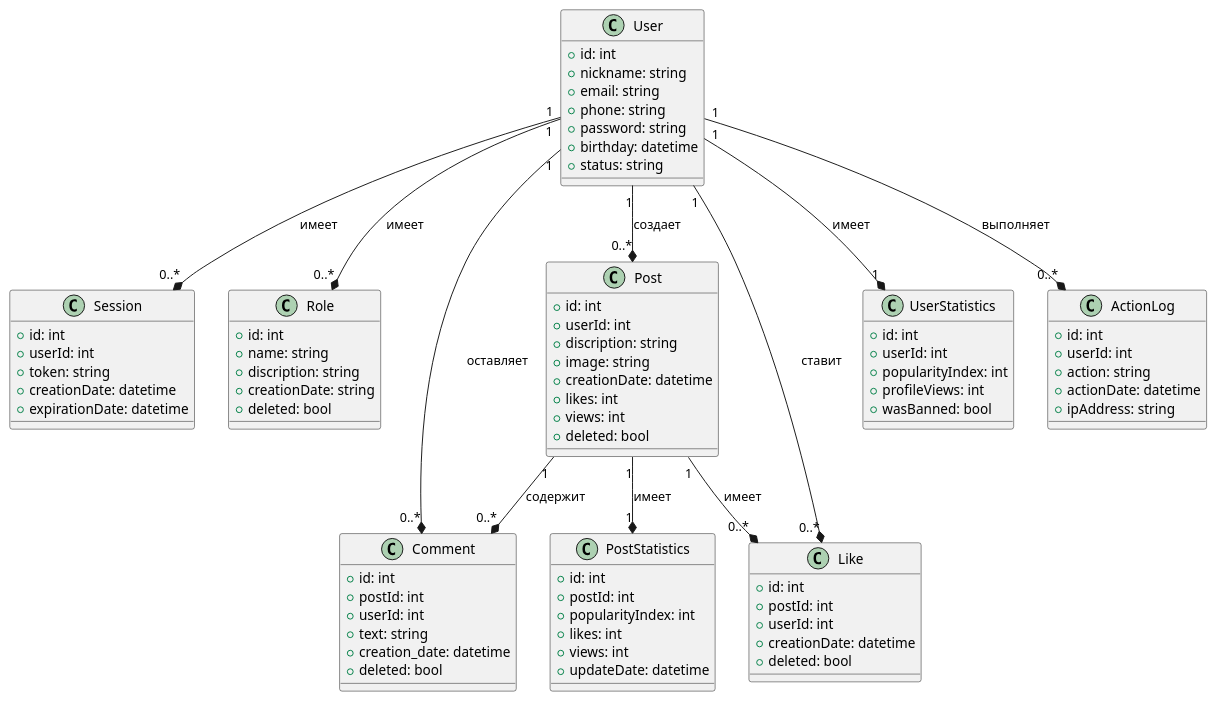
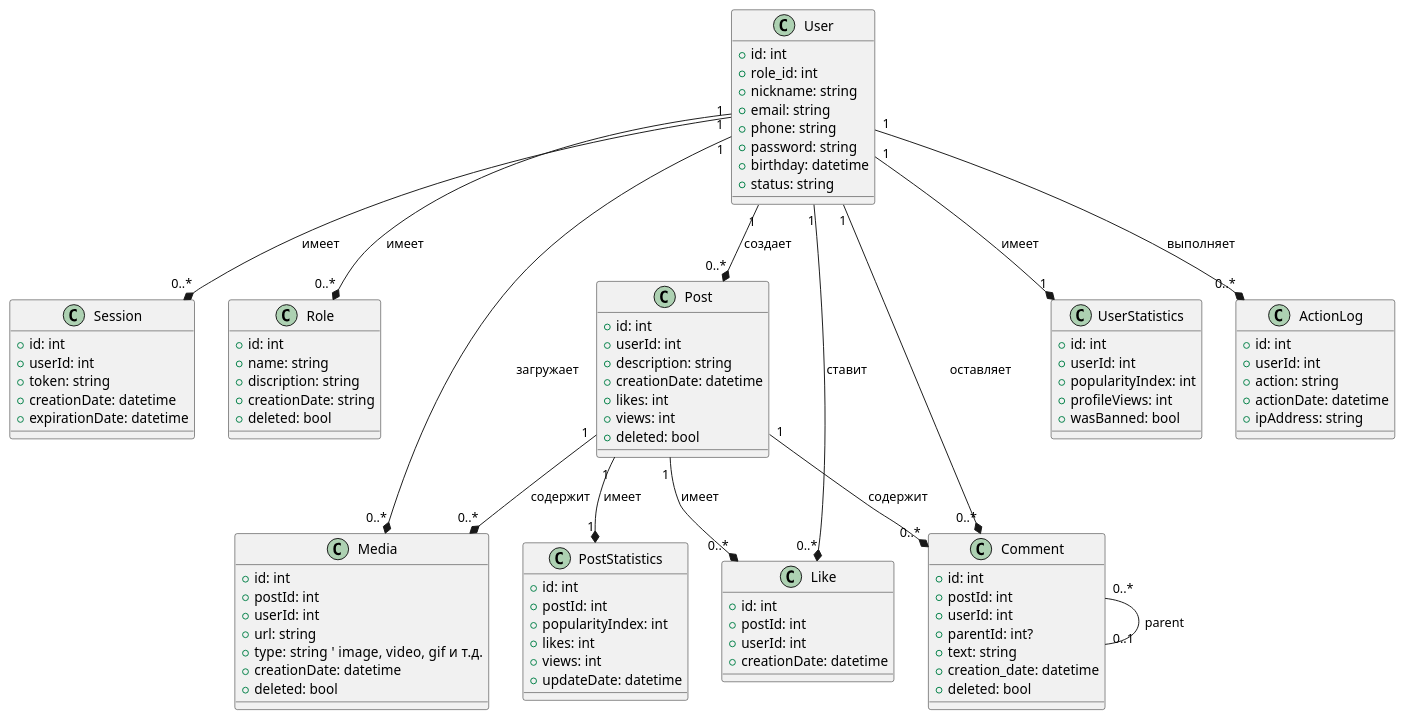
One commit to GlebKruchkov/LL changed the diagram in docs/er_model.wsd. Above: the diagram before and after it, drawn with PlantUML. The commit also changed 3 other files, not shown here.

```diff
--- a/docs/er_model.wsd
+++ b/docs/er_model.wsd
@@ -1,95 +1,110 @@
 @startuml LL
 'User Service
 class User {
   + id: int
+  + role_id: int
   + nickname: string
   + email: string
   + phone: string
   + password: string
   + birthday: datetime
   + status: string
 }
 
 class Session {
   + id: int
   + userId: int
   + token: string
   + creationDate: datetime
   + expirationDate: datetime
 }
 
 class Role {
   + id: int
   + name: string
   + discription: string
   + creationDate: string
   + deleted: bool
 }
 
 'Posts And Comments Service
 class Post {
   + id: int
   + userId: int
-  + discription: string
-  + image: string
+  + description: string
   + creationDate: datetime
   + likes: int
   + views: int
   + deleted: bool
 }
 
+class Media {
+  + id: int
+  + postId: int
+  + userId: int
+  + url: string
+  + type: string  ' image, video, gif и т.д.
+  + creationDate: datetime
+  + deleted: bool
+}
+
+
 class Comment {
   + id: int
   + postId: int
   + userId: int
+  + parentId: int?
   + text: string
   + creation_date: datetime
   + deleted: bool
 }
+
 
 class Like {
   + id: int
   + postId: int
   + userId: int
   + creationDate: datetime
-  + deleted: bool
 }
 
 'Statistics Service
 class PostStatistics {
     + id: int
     + postId: int
     + popularityIndex: int
     + likes: int
     + views: int
     + updateDate: datetime
 }
 
 class UserStatistics {
     + id: int
     + userId: int
     + popularityIndex: int
     + profileViews: int
     + wasBanned: bool
 }
 
 class ActionLog {
   + id: int
   + userId: int
   + action: string
   + actionDate: datetime
   + ipAddress: string
 }
 
 User "1" --* "0..*" Session : имеет
 User "1" --* "0..*" Role : имеет
 User "1" --* "0..*" Post : создает
 User "1" --* "0..*" Comment : оставляет
 User "1" --* "0..*" Like : ставит
 Post "1" --* "0..*" Comment : содержит
+Comment "0..*" -- "0..1" Comment : parent
+Post "1" --* "0..*" Media : содержит
+User "1" --* "0..*" Media : загружает
 Post "1" --* "0..*" Like : имеет
 Post "1" --* "1" PostStatistics : имеет
 User "1" --* "1" UserStatistics : имеет
 User "1" --* "0..*" ActionLog : выполняет
 
 @enduml
```
